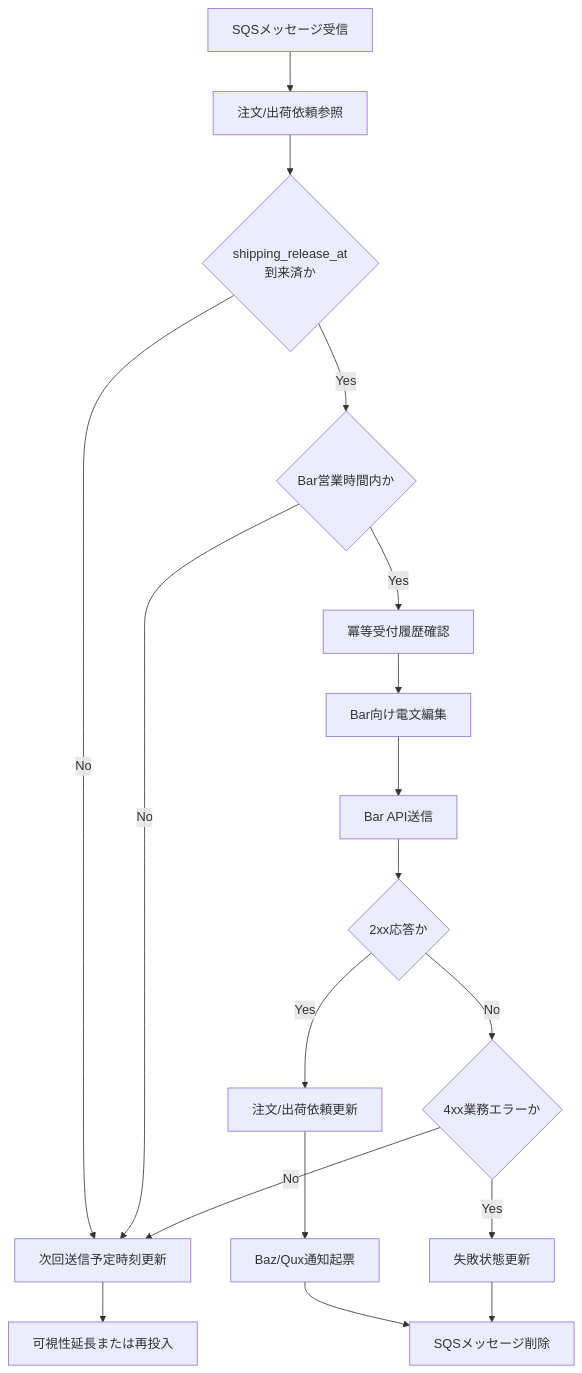
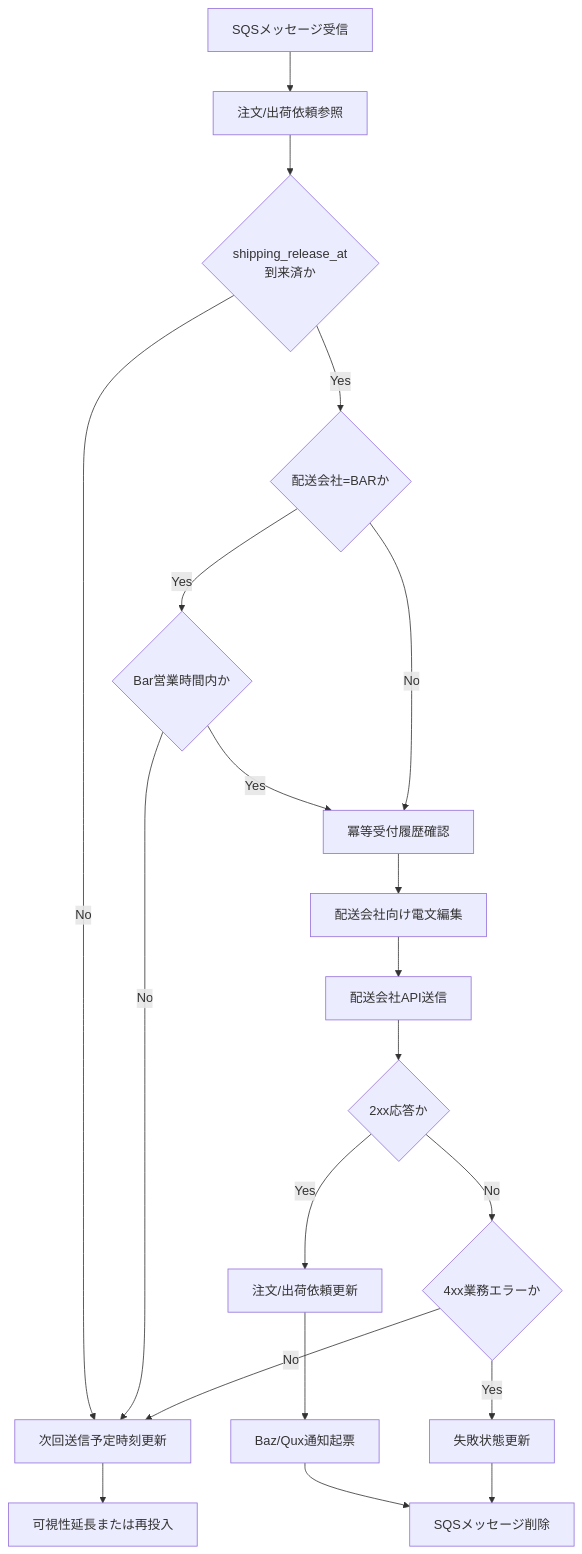
The diagram in docs/自社内部設計/業務設計/処理設計書/PDS-003_配送会社連携Worker処理設計書.md (CalorieMateEater/training-project-logistics-company), drawn with Mermaid before and after one commit. The commit also changed other lines of this file and 235 other files, not shown here.

````diff
--- a/docs/自社内部設計/業務設計/処理設計書/PDS-003_配送会社連携Worker処理設計書.md
+++ b/docs/自社内部設計/業務設計/処理設計書/PDS-003_配送会社連携Worker処理設計書.md
@@ -16,20 +16,22 @@
 ```mermaid
 flowchart TD
     A[SQSメッセージ受信] --> B[注文/出荷依頼参照]
     B --> C{shipping_release_at\n到来済か}
     C -- No --> D[次回送信予定時刻更新]
     D --> E[可視性延長または再投入]
-    C -- Yes --> F{Bar営業時間内か}
-    F -- No --> D
-    F -- Yes --> G[冪等受付履歴確認]
-    G --> H[Bar向け電文編集]
-    H --> I[Bar API送信]
-    I --> J{2xx応答か}
-    J -- Yes --> K[注文/出荷依頼更新]
-    K --> L[Baz/Qux通知起票]
-    L --> M[SQSメッセージ削除]
-    J -- No --> N{4xx業務エラーか}
-    N -- Yes --> O[失敗状態更新]
-    O --> M
-    N -- No --> D
+    C -- Yes --> F{配送会社=BARか}
+    F -- Yes --> G{Bar営業時間内か}
+    G -- No --> D
+    G -- Yes --> H[冪等受付履歴確認]
+    F -- No --> H
+    H --> I[配送会社向け電文編集]
+    I --> J[配送会社API送信]
+    J --> K{2xx応答か}
+    K -- Yes --> L[注文/出荷依頼更新]
+    L --> M[Baz/Qux通知起票]
+    M --> N[SQSメッセージ削除]
+    K -- No --> O{4xx業務エラーか}
+    O -- Yes --> P[失敗状態更新]
+    P --> N
+    O -- No --> D
 ```
````
